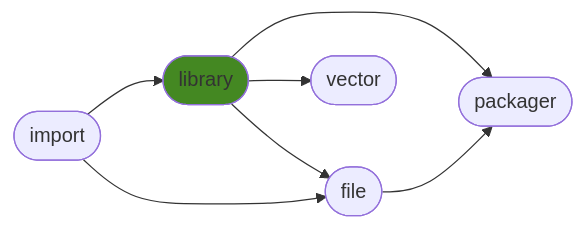
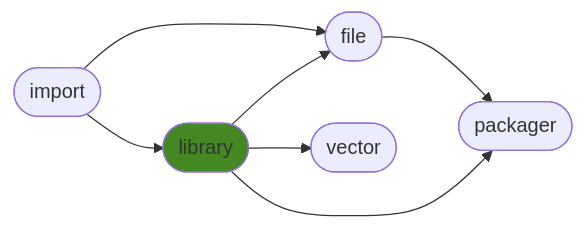
One commit to ManderaGeneral/generallibrary changed the diagram in README.md. Above: the diagram before and after it, drawn with Mermaid. The commit also changed other lines of this file, not shown here.

````diff
--- a/README.md
+++ b/README.md
@@ -24,15 +24,15 @@
 ```mermaid
 flowchart LR
+2([file]) --> 4([packager])
+0([import]) --> 2([file])
+1([library]) --> 4([packager])
 1([library]) --> 2([file])
-0([import]) --> 2([file])
+0([import]) --> 1([library])
 1([library]) --> 3([vector])
-1([library]) --> 4([packager])
-0([import]) --> 1([library])
-2([file]) --> 4([packager])
 click 0 "https://github.com/ManderaGeneral/generalimport"
 click 1 "https://github.com/ManderaGeneral/generallibrary"
 click 2 "https://github.com/ManderaGeneral/generalfile"
 click 3 "https://github.com/ManderaGeneral/generalvector"
 click 4 "https://github.com/ManderaGeneral/generalpackager"
 style 1 fill:#482
 ```
````
